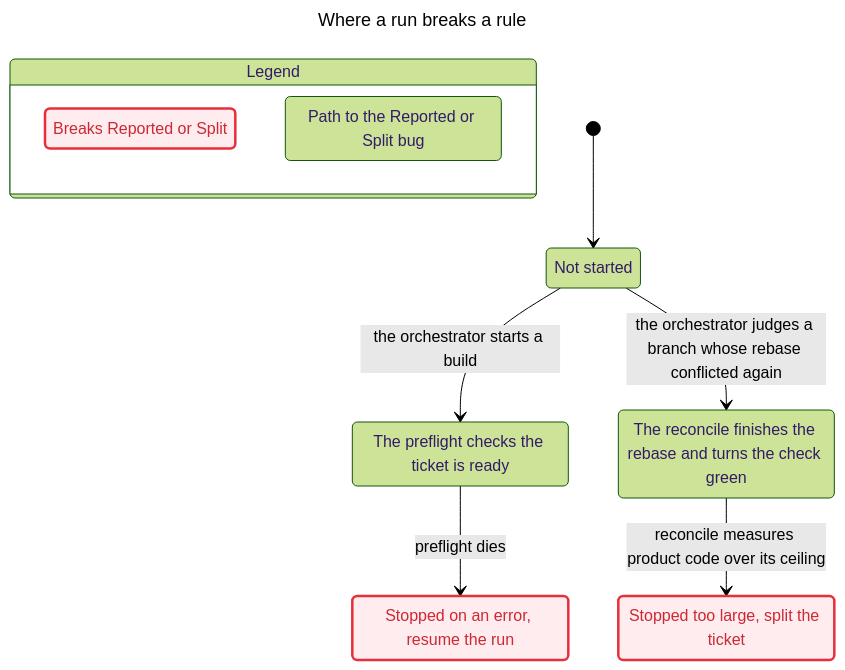
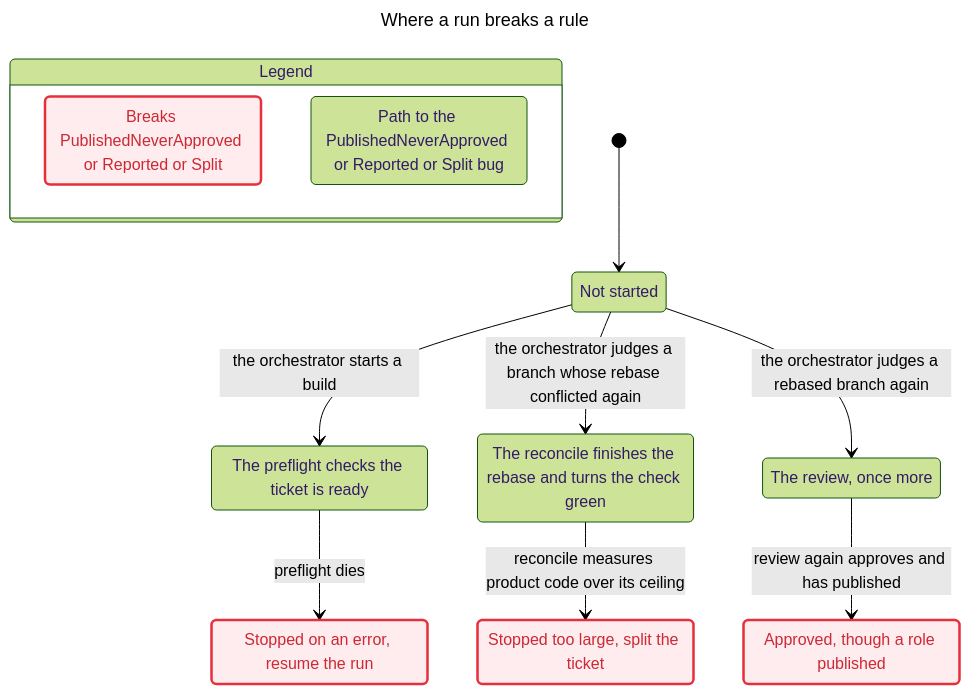
One commit to Simon-GitHub-Code/ratchet changed the fourth of 4 diagrams in docs/model/pipeline.md. Above: the diagram before and after it, drawn with Mermaid (forest theme). The commit also changed other lines of this file and 1 other file, not shown here.

Commit message:
docs(model): the pipeline page draws the run whose role published
The chart of broken rules gains the shortest run that breaks rule 7a: a
rebased branch judged again whose review approves and has published.
TLC on the new module reaches 2,394 states, counts 6,905 generated with
the sixteen rules that hold, and finds the same three shortest breaks as
the tests. The stage module is unchanged, so its charts stand.

````diff
--- a/docs/model/pipeline.md
+++ b/docs/model/pipeline.md
@@ -270,30 +270,37 @@
 ```mermaid
 ---
 title: "Where a run breaks a rule"
 ---
 stateDiagram-v2
   state "Legend" as legend {
-    lg0: Breaks Reported or Split
-    lg1: Path to the Reported or Split bug
+    lg0: Breaks PublishedNeverApproved or Reported or Split
+    lg1: Path to the PublishedNeverApproved or Reported or Split bug
   }
   class lg0 breaks
   class lg1 bugPath
   s0: Not started
   s1: The preflight checks the ticket is ready
   s2: The reconcile finishes the rebase and turns the check green
-  s3: Stopped on an error, resume the run
-  s4: Stopped too large, split the ticket
+  s3: The review, once more
+  s4: Stopped on an error, resume the run
+  s5: Approved, though a role published
+  s6: Stopped too large, split the ticket
   [*] --> s0
   s0 --> s1: the orchestrator starts a build
   s0 --> s2: the orchestrator judges a branch whose rebase conflicted again
-  s1 --> s3: preflight dies
-  s2 --> s4: reconcile measures product code over its ceiling
+  s0 --> s3: the orchestrator judges a rebased branch again
+  s1 --> s4: preflight dies
+  s2 --> s6: reconcile measures product code over its ceiling
+  s3 --> s5: review again approves and has published
   classDef breaks fill:#ffecee,stroke:#e72e3b,stroke-width:2.5px,color:#cd2834
   class s0 bugPath
   class s1 bugPath
   class s2 bugPath
-  class s3 breaks
   class s3 bugPath
   class s4 breaks
   class s4 bugPath
+  class s5 breaks
+  class s5 bugPath
+  class s6 breaks
+  class s6 bugPath
 ```
````
